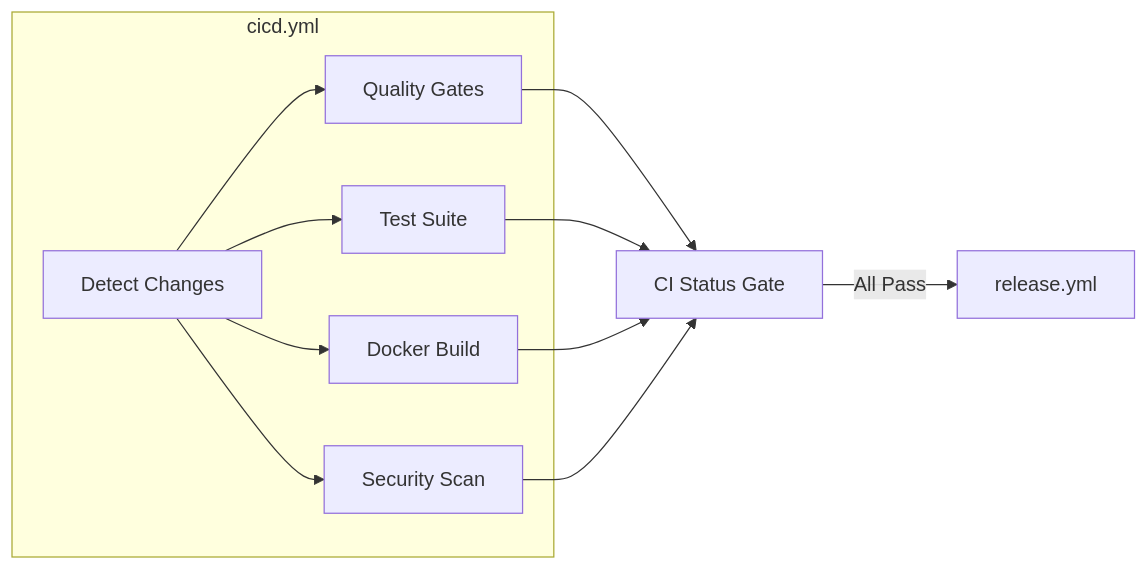
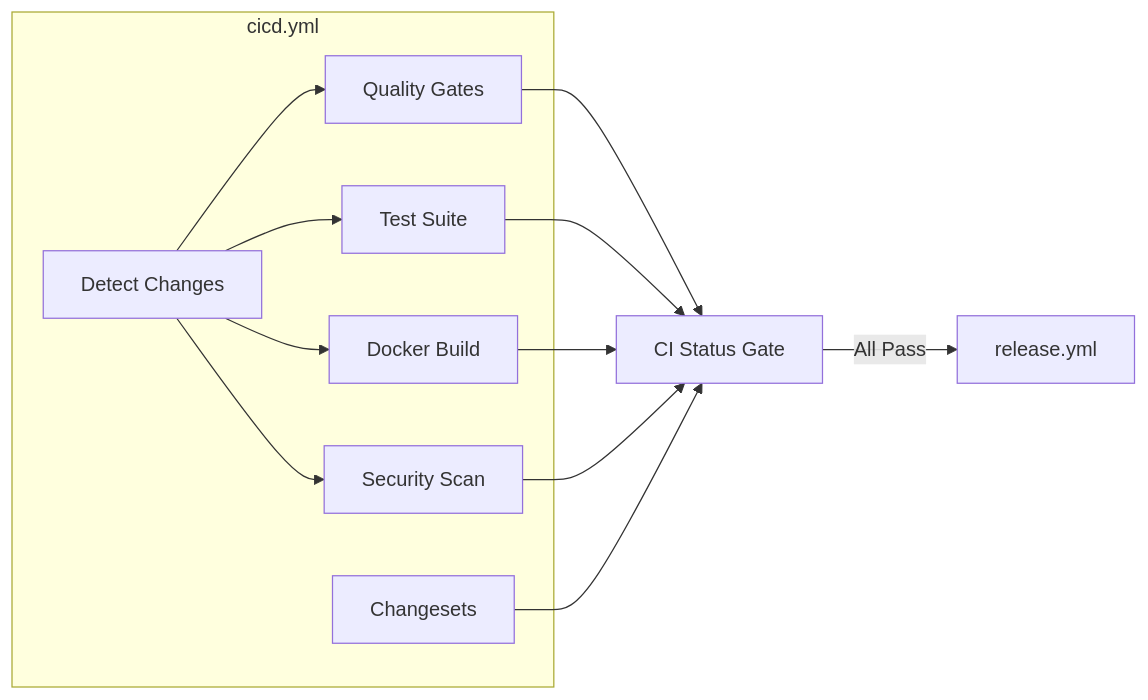
Before and after one commit to ls1intum/Hephaestus: the second of 2 diagrams in docs/contributor/ci-cd.mdx, drawn with Mermaid. The commit also changed other lines of this file and 8 other files, not shown here.

````diff
--- a/docs/contributor/ci-cd.mdx
+++ b/docs/contributor/ci-cd.mdx
@@ -131,18 +133,20 @@
 ```mermaid
 flowchart LR
     accTitle: Continuous integration job dependencies
-    accDescr: Change detection selects quality and test jobs, whose results feed the final continuous integration status gate.
+    accDescr: Required quality, test, changeset, image, and security jobs feed the final continuous integration status gate.
     subgraph cicd.yml
         DC[Detect Changes] --> QG[Quality Gates]
         DC --> TS[Test Suite]
         DC --> DB[Docker Build]
         DC --> SS[Security Scan]
+        CS[Changesets]
     end
 
     QG --> Gate[CI Status Gate]
     TS --> Gate
     DB --> Gate
     SS --> Gate
+    CS --> Gate
 
     Gate -->|All Pass| Release[release.yml]
 ```
````
